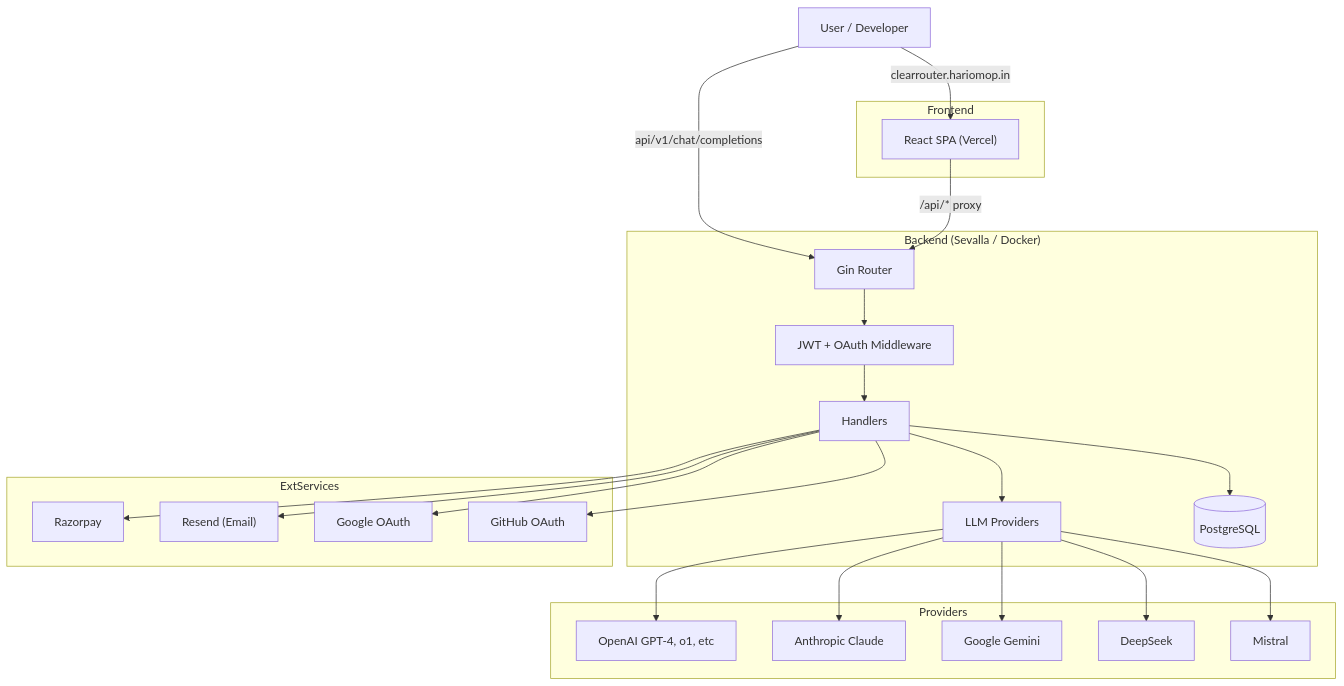
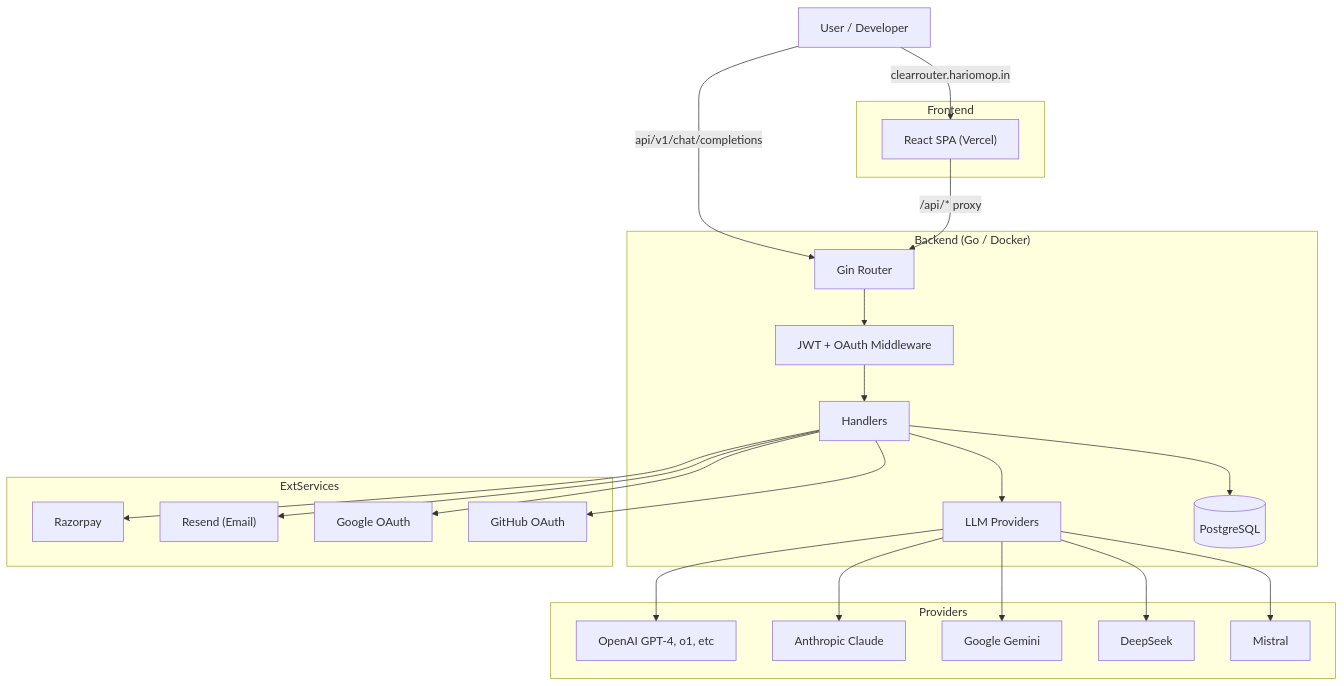
The first of 3 diagrams in README.md (hariomop12/ClearRouter), drawn with Mermaid before and after one commit. The commit also changed other lines of this file and 8 other files, not shown here.

````diff
--- a/README.md
+++ b/README.md
@@ -13,47 +40,47 @@
 ```mermaid
 graph TB
     subgraph Frontend
         React["React SPA (Vercel)"]
     end
 
-    subgraph Backend ["Backend (Sevalla / Docker)"]
+    subgraph Backend ["Backend (Go / Docker)"]
         Gin["Gin Router"]
         Auth["JWT + OAuth Middleware"]
         Handler["Handlers"]
         Provider["LLM Providers"]
         DB[("PostgreSQL")]
         
         Gin --> Auth
         Auth --> Handler
         Handler --> Provider
         Handler --> DB
     end
 
     subgraph Providers
         OpenAI["OpenAI GPT-4, o1, etc"]
         Anthropic["Anthropic Claude"]
         Google["Google Gemini"]
         DeepSeek["DeepSeek"]
         Mistral["Mistral"]
     end
 
     subgraph ExtServices
         Razorpay["Razorpay"]
         Resend["Resend (Email)"]
         GoogleOAuth["Google OAuth"]
         GitHubOAuth["GitHub OAuth"]
     end
 
     User["User / Developer"] -->|"clearrouter.hariomop.in"| React
     User -->|"api/v1/chat/completions"| Gin
     React -->|"/api/* proxy"| Gin
     Provider --> OpenAI
     Provider --> Anthropic
     Provider --> Google
     Provider --> DeepSeek
     Provider --> Mistral
     Handler --> Razorpay
     Handler --> Resend
     Handler --> GoogleOAuth
     Handler --> GitHubOAuth
 ```
````
